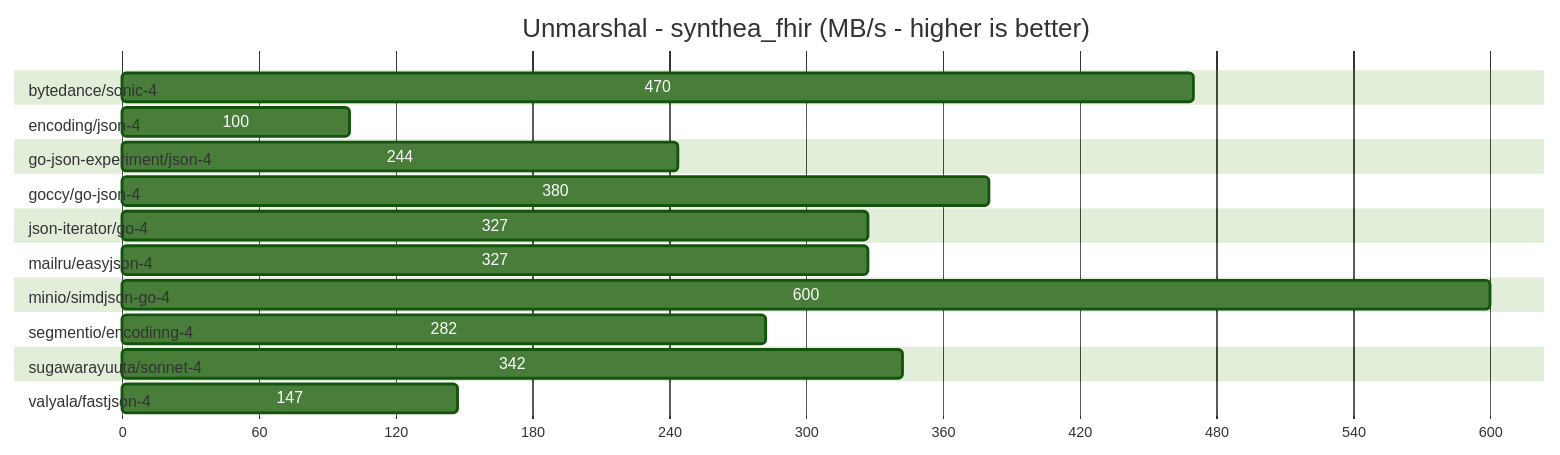
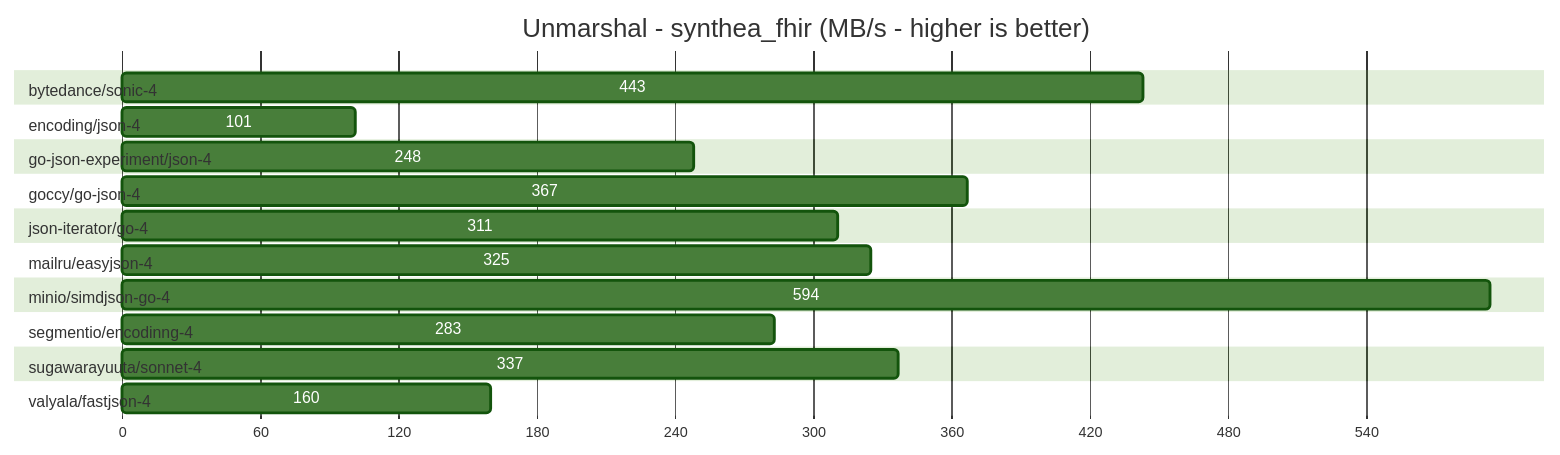
Before and after one commit to sugawarayuuta/benchmark: diagram 11 of 12 in README.md, drawn with Mermaid (forest theme). The commit also changed other lines of this file and 3 other files, not shown here.

````diff
--- a/README.md
+++ b/README.md
@@ -269,27 +269,27 @@
 ```mermaid
 gantt
 title Unmarshal - synthea_fhir (MB/s - higher is better)
 dateFormat X
 axisFormat %s
 
 section bytedance/sonic-4                  
-470 :0, 470
+443 :0, 443
 section encoding/json-4                    
-100 :0, 100
+101 :0, 101
 section go-json-experiment/json-4          
-244 :0, 244
+248 :0, 248
 section goccy/go-json-4                    
-380 :0, 380
+367 :0, 367
 section json-iterator/go-4                 
-327 :0, 327
+311 :0, 311
 section mailru/easyjson-4                  
-327 :0, 327
+325 :0, 325
 section minio/simdjson-go-4                
-600 :0, 600
+594 :0, 594
 section segmentio/encodinng-4              
-282 :0, 282
+283 :0, 283
 section sugawarayuuta/sonnet-4             
-342 :0, 342
+337 :0, 337
 section valyala/fastjson-4                 
-147 :0, 147
+160 :0, 160
 ```
````
